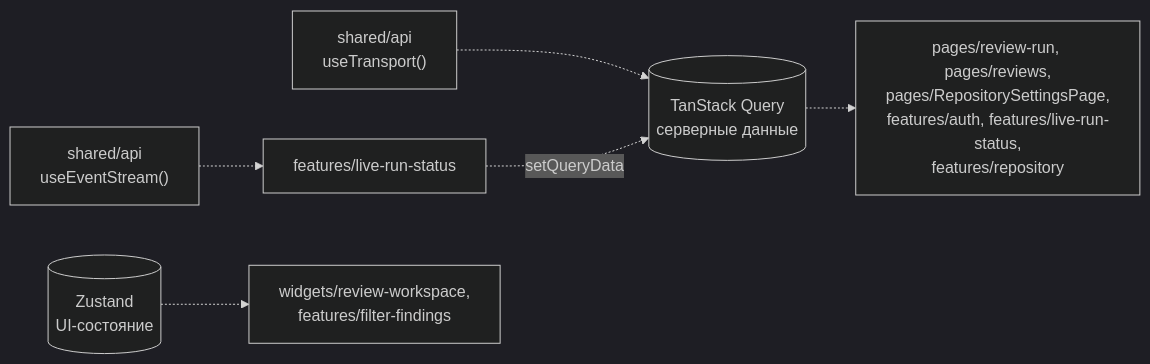
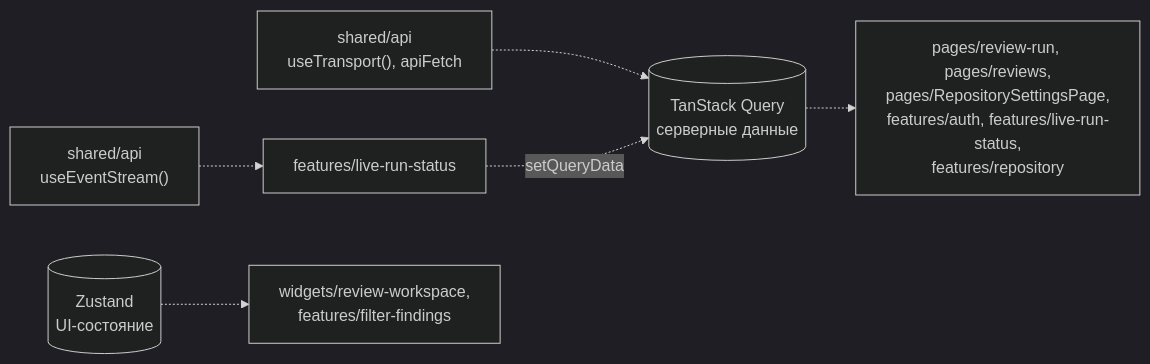
One commit to larchanka-training/dmc-268-ui-t1 changed the second of 2 diagrams in FRONTEND_ARCHITECTURE.md. Above: the diagram before and after it, drawn with Mermaid (dark theme). The commit also changed other lines of this file, not shown here.

Commit message:
docs: правки второго раунда ревью схемы слоёв (#108)

````diff
--- a/FRONTEND_ARCHITECTURE.md
+++ b/FRONTEND_ARCHITECTURE.md
@@ -190,8 +171,8 @@
 ```mermaid
 flowchart LR
-    s_api["shared/api<br/>useTransport()"] -.-> tq[("TanStack Query<br/>серверные данные")]
+    s_api["shared/api<br/>useTransport(), apiFetch"] -.-> tq[("TanStack Query<br/>серверные данные")]
     s_es["shared/api<br/>useEventStream()"] -.-> f_live["features/live-run-status"]
     f_live -. setQueryData .-> tq
     tq -.-> q_owners["pages/review-run, pages/reviews,<br/>pages/RepositorySettingsPage,<br/>features/auth, features/live-run-status,<br/>features/repository"]
     zs[("Zustand<br/>UI-состояние")] -.-> z_owners["widgets/review-workspace,<br/>features/filter-findings"]
 ```
````
